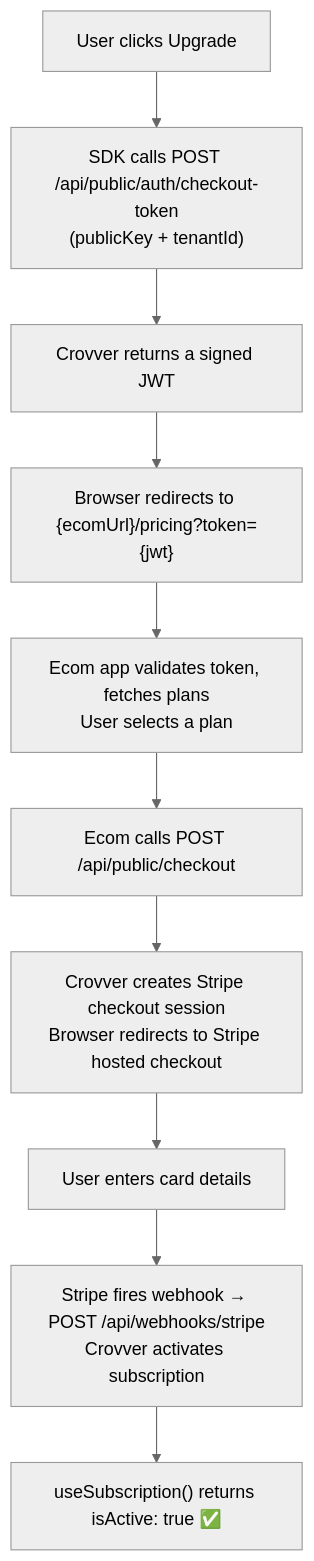
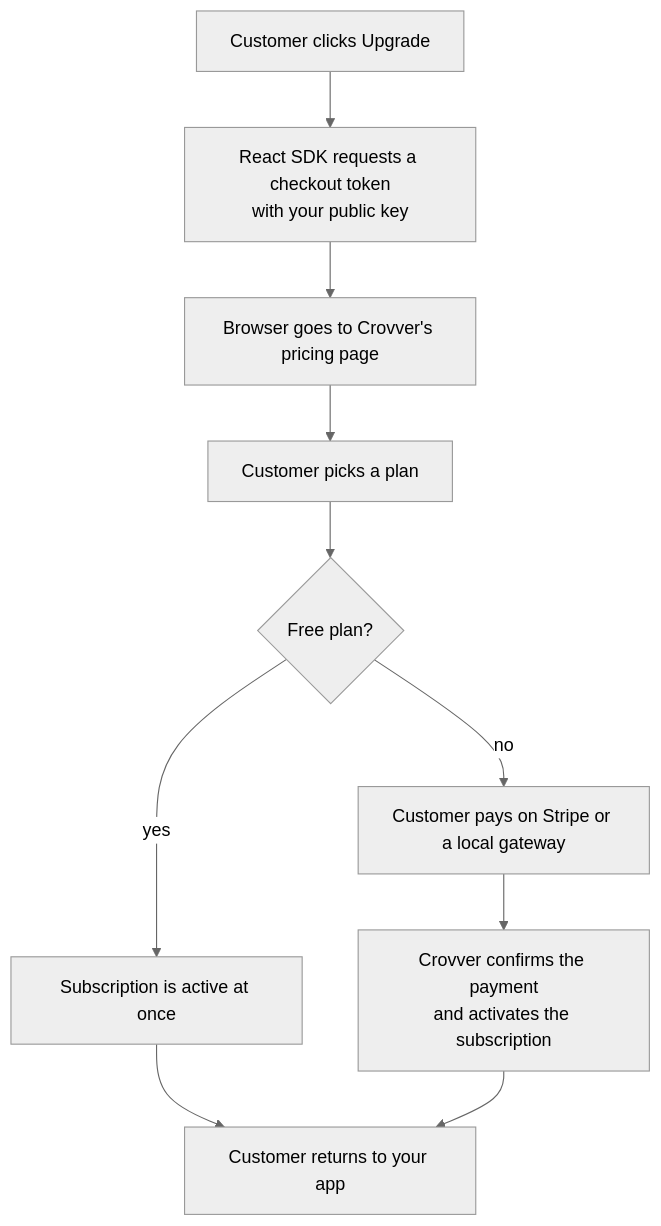
One commit to crovver/docs changed the diagram in guides/checkout-flow.mdx. Above: the diagram before and after it, drawn with Mermaid (neutral theme). The commit also changed other lines of this file and 7 other files, not shown here.

Commit message:
docs(guides): test mode is a separate org, billing-page email sign-in, webhook retries and URL rules, ConnectIPS only, corrected credit results

````diff
--- a/guides/checkout-flow.mdx
+++ b/guides/checkout-flow.mdx
@@ -10,12 +13,12 @@
 ```mermaid
 flowchart TD
-    A["User clicks Upgrade"] --> B["SDK calls POST /api/public/auth/checkout-token\n(publicKey + tenantId)"]
-    B --> C["Crovver returns a signed JWT"]
-    C --> D["Browser redirects to {ecomUrl}/pricing?token={jwt}"]
-    D --> E["Ecom app validates token, fetches plans\nUser selects a plan"]
-    E --> F["Ecom calls POST /api/public/checkout"]
-    F --> G["Crovver creates Stripe checkout session\nBrowser redirects to Stripe hosted checkout"]
-    G --> H["User enters card details"]
-    H --> I["Stripe fires webhook → POST /api/webhooks/stripe\nCrovver activates subscription"]
-    I --> J["useSubscription() returns isActive: true ✅"]
+    A["Customer clicks Upgrade"] --> B["React SDK requests a checkout token\nwith your public key"]
+    B --> C["Browser goes to Crovver's pricing page"]
+    C --> D["Customer picks a plan"]
+    D --> E{"Free plan?"}
+    E -- yes --> F["Subscription is active at once"]
+    E -- no --> G["Customer pays on Stripe or a local gateway"]
+    G --> H["Crovver confirms the payment\nand activates the subscription"]
+    F --> I["Customer returns to your app"]
+    H --> I
 ```
````
